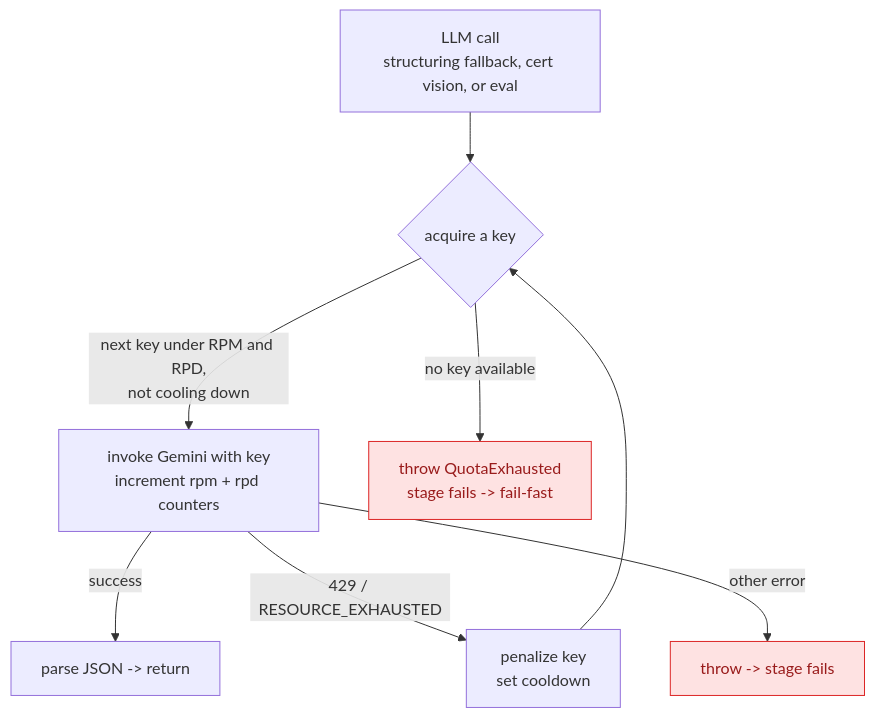
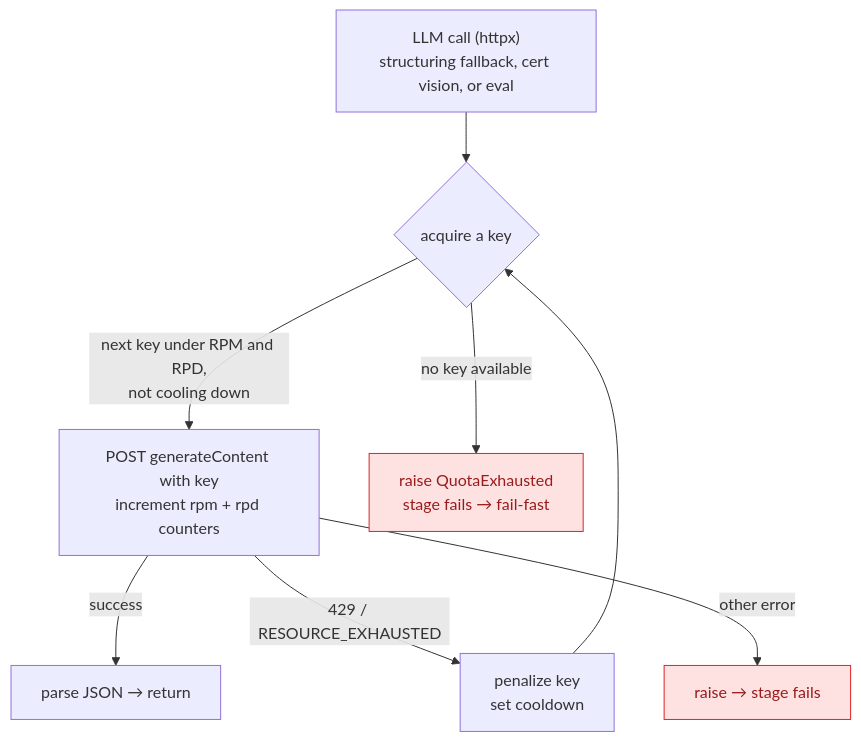
Before and after one commit to Lalit-001/ats-scorer: the fifth of 6 diagrams in docs/ARCHITECTURE.md, drawn with Mermaid. The commit also changed other lines of this file and 2 other files, not shown here.

````diff
--- a/docs/ARCHITECTURE.md
+++ b/docs/ARCHITECTURE.md
@@ -155,16 +198,16 @@
 ```mermaid
 flowchart TD
-  call["LLM call<br/>structuring fallback, cert vision, or eval"] --> acq{"acquire a key"}
+  call["LLM call (httpx)<br/>structuring fallback, cert vision, or eval"] --> acq{"acquire a key"}
 
-  acq -->|"next key under RPM and RPD,<br/>not cooling down"| use["invoke Gemini with key<br/>increment rpm + rpd counters"]
-  acq -->|"no key available"| exhausted["throw QuotaExhausted<br/>stage fails -> fail-fast"]
+  acq -->|"next key under RPM and RPD,<br/>not cooling down"| use["POST generateContent with key<br/>increment rpm + rpd counters"]
+  acq -->|"no key available"| exhausted["raise QuotaExhausted<br/>stage fails → fail-fast"]
 
-  use -->|"success"| ret["parse JSON -> return"]
+  use -->|"success"| ret["parse JSON → return"]
   use -->|"429 / RESOURCE_EXHAUSTED"| pen["penalize key<br/>set cooldown"]
-  use -->|"other error"| err["throw -> stage fails"]
+  use -->|"other error"| err["raise → stage fails"]
 
   pen --> acq
 
   classDef bad fill:#fee2e2,stroke:#dc2626,color:#991b1b;
   class exhausted,err bad;
 ```
````
